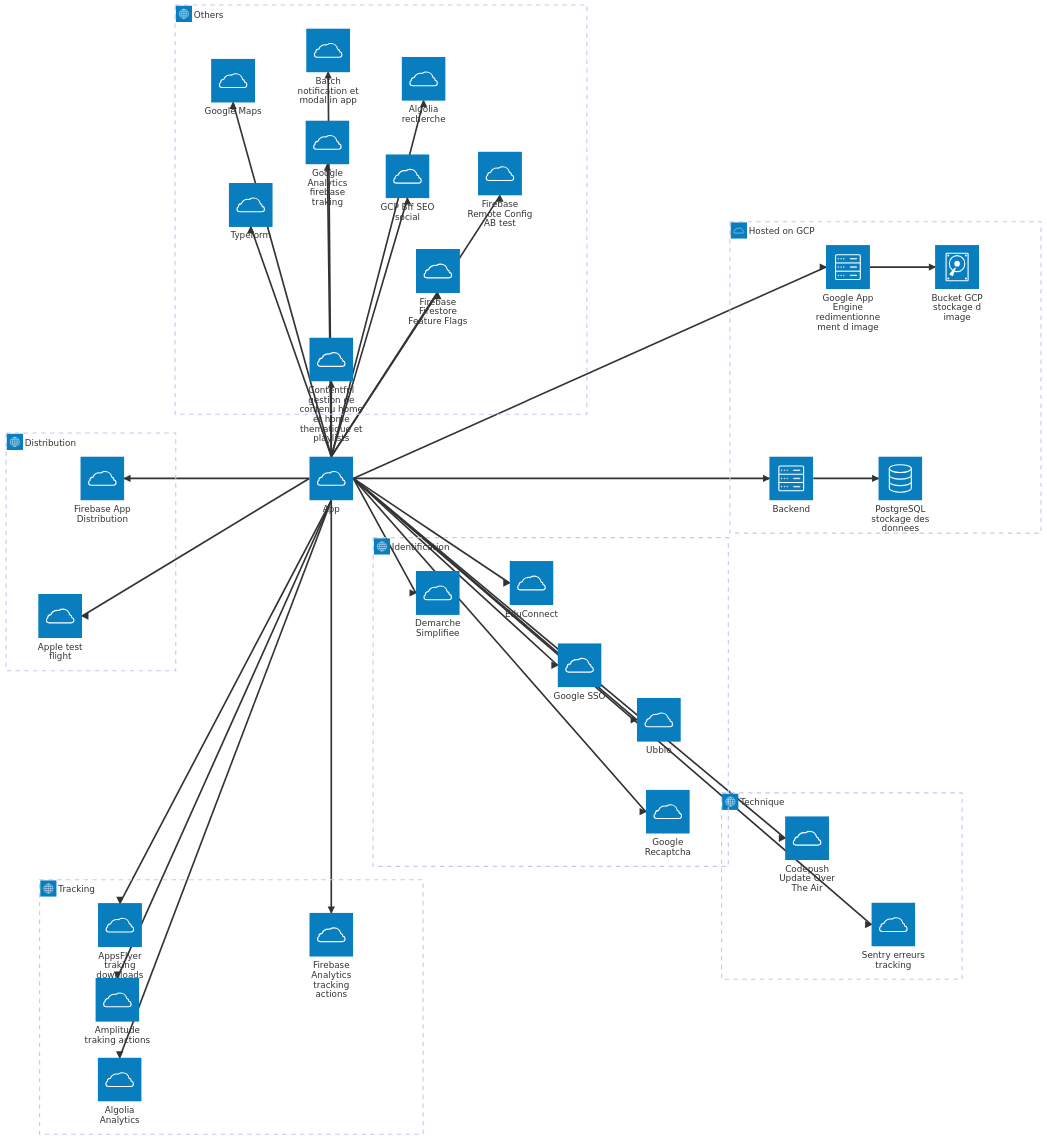
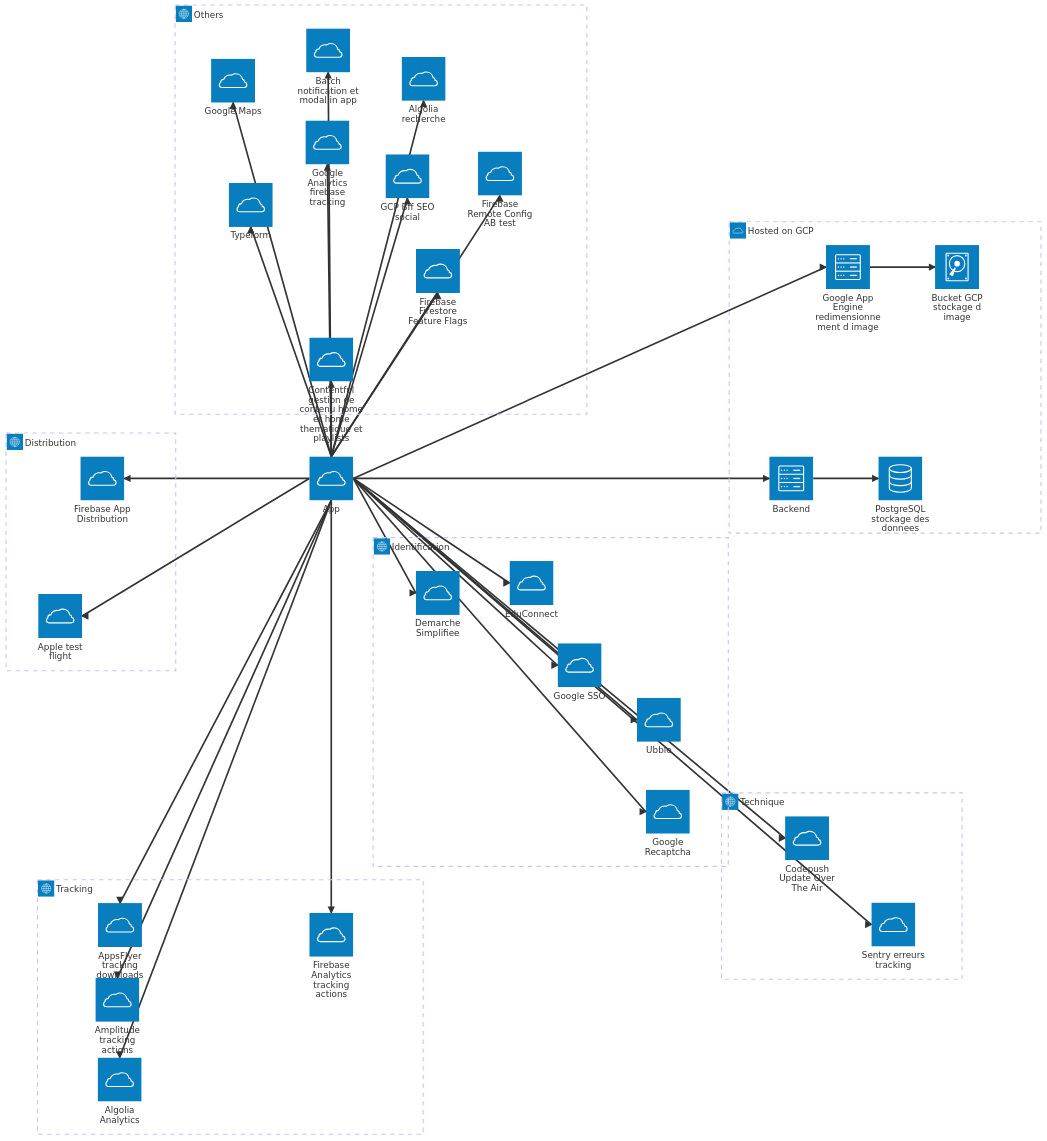
Before and after one commit to pass-culture/pass-culture-app-native: the second of 2 diagrams in doc/architecture/input-output-externe.md, drawn with Mermaid. The commit also changed 1 other file, not shown here.

````diff
--- a/doc/architecture/input-output-externe.md
+++ b/doc/architecture/input-output-externe.md
@@ -48,76 +48,76 @@
 ```mermaid
 architecture-beta
   group technique(internet)[Technique]
   group distribution(internet)[Distribution]
   group identification(internet)[Identification]
   group tracking(internet)[Tracking]
   group hosted_on_GCP(cloud)[Hosted on GCP]
   group others(internet)[Others]
 
   service App(cloud)[App]
 
   service Google_Recaptcha(cloud)[Google Recaptcha] in identification
   service Ubble(cloud)[Ubble] in identification
   service Google(cloud)[Google SSO] in identification
   service Educonnect(cloud)[EduConnect] in identification %% ?
   service DMS(cloud)[Demarche Simplifiee] in identification %% ?
 
   App:R --> L:Google_Recaptcha
   App:R --> L:Ubble
   App:R --> L:Google
   App:R --> L:Educonnect
   App:R --> L:DMS
 
   service Algolia_Analytics(cloud)[Algolia Analytics] in tracking
-  service Amplitude(cloud)[Amplitude traking actions] in tracking
-  service AppsFlyer(cloud)[AppsFlyer traking downloads] in tracking
+  service Amplitude(cloud)[Amplitude tracking actions] in tracking
+  service AppsFlyer(cloud)[AppsFlyer tracking downloads] in tracking
   service Firebase_Analytics(cloud)[Firebase Analytics tracking actions] in tracking
 
   App:B --> T:Algolia_Analytics
   App:B --> T:Amplitude
   App:B --> T:AppsFlyer
   App:B --> T:Firebase_Analytics
 
   service Sentry(cloud)[Sentry erreurs tracking] in technique
   service Codepush(cloud)[Codepush Update Over The Air] in technique
 
   App:R --> L:Sentry
   App:R --> L:Codepush
 
   service Apple_TestFlight(cloud)[Apple test flight] in distribution
   service Firebase_App_Distribution(cloud)[Firebase App Distribution] in distribution
 
   App:L --> R:Apple_TestFlight
   App:L --> R:Firebase_App_Distribution
 
   service Firebase_Firestore(cloud)[Firebase Firestore Feature Flags] in others
   service Firebase_Remote_Config(cloud)[Firebase Remote Config AB test] in others
-  service Google_Analytics(cloud)[Google Analytics firebase traking] in others
+  service Google_Analytics(cloud)[Google Analytics firebase tracking] in others
   service GCP(cloud)[GCP Bff SEO social] in others %% ?
   service Algolia(cloud)[Algolia recherche] in others
   service typeform(cloud)[Typeform] in others %% ?
   service batch(cloud)[Batch notification et modal in app] in others
   service Google_Maps(cloud)[Google Maps] in others
   service Contentful(cloud)[Contentful gestion de contenu home et home thematique et playlists] in others
 
   App:T --> B:Firebase_Firestore
   App:T --> B:Firebase_Remote_Config
   App:T --> B:Google_Analytics
   App:T --> B:GCP
   App:T --> B:Algolia
   App:T --> B:typeform
   App:T --> B:batch
   App:T --> B:Google_Maps
   App:T --> B:Contentful
 
-  service image_resize(server)[Google App Engine redimentionnement d image] in hosted_on_GCP
+  service image_resize(server)[Google App Engine redimensionnement d image] in hosted_on_GCP
   service bucket_image(disk)[Bucket GCP stockage d image] in hosted_on_GCP
   App:R --> L:image_resize
   image_resize:R --> L:bucket_image
 
   service backend(server)[Backend] in hosted_on_GCP
   service Postgresql(database)[PostgreSQL stockage des donnees] in hosted_on_GCP
 
   App:R --> L:backend
   backend:R --> L:Postgresql
 ```
````
